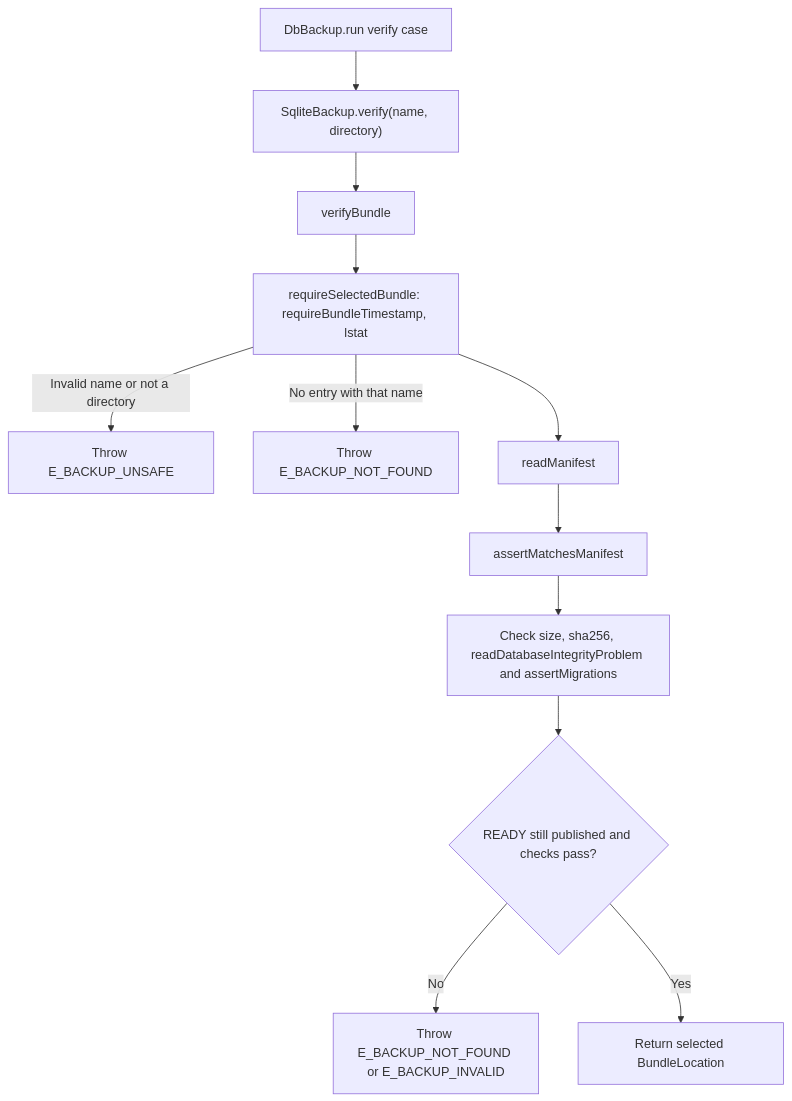
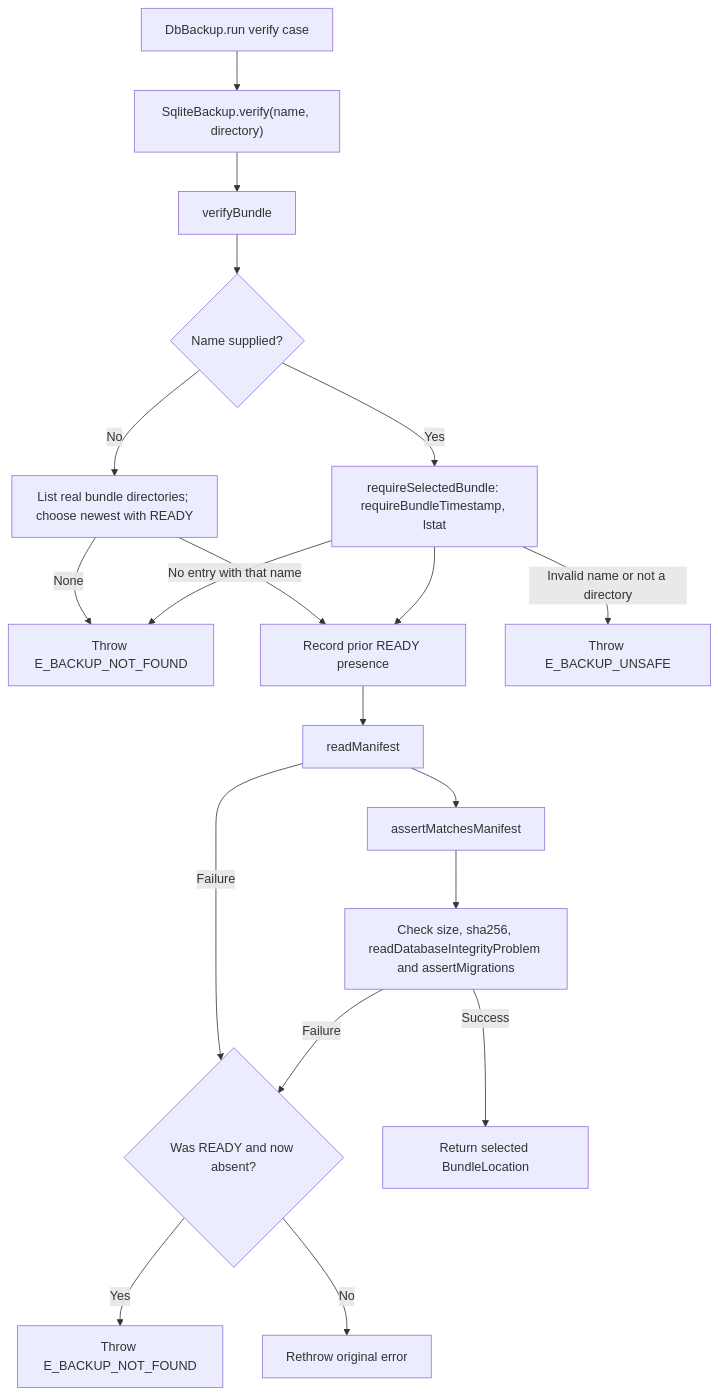
Before and after one commit to Kevinjohn/oss-adonisjs-sqlite-backup: the second of 2 diagrams in user-stories/verify-bundle/us-op-03-verify-bundle.md, drawn with Mermaid. The commit also changed other lines of this file and 12 other files, not shown here.

````diff
--- a/user-stories/verify-bundle/us-op-03-verify-bundle.md
+++ b/user-stories/verify-bundle/us-op-03-verify-bundle.md
@@ -43,14 +45,21 @@
 ```mermaid
 flowchart TD
     A["DbBackup.run verify case"] --> B["SqliteBackup.verify(name, directory)"]
     B --> C["verifyBundle"]
-    C --> D["requireSelectedBundle: requireBundleTimestamp, lstat"]
+    C --> S{"Name supplied?"}
+    S -->|Yes| D["requireSelectedBundle: requireBundleTimestamp, lstat"]
+    S -->|No| B1["List real bundle directories; choose newest with READY"]
+    B1 -->|None| N
+    B1 --> E1["Record prior READY presence"]
     D -->|Invalid name or not a directory| X["Throw E_BACKUP_UNSAFE"]
     D -->|No entry with that name| N["Throw E_BACKUP_NOT_FOUND"]
-    D --> E["readManifest"]
+    D --> E1
+    E1 --> E["readManifest"]
     E --> F["assertMatchesManifest"]
     F --> G["Check size, sha256, readDatabaseIntegrityProblem and assertMigrations"]
-    G --> H{"READY still published and checks pass?"}
-    H -->|No| I["Throw E_BACKUP_NOT_FOUND or E_BACKUP_INVALID"]
-    H -->|Yes| J["Return selected BundleLocation"]
+    E -->|Failure| H{"Was READY and now absent?"}
+    G -->|Failure| H
+    H -->|Yes| I["Throw E_BACKUP_NOT_FOUND"]
+    H -->|No| K["Rethrow original error"]
+    G -->|Success| J["Return selected BundleLocation"]
 ```
````
